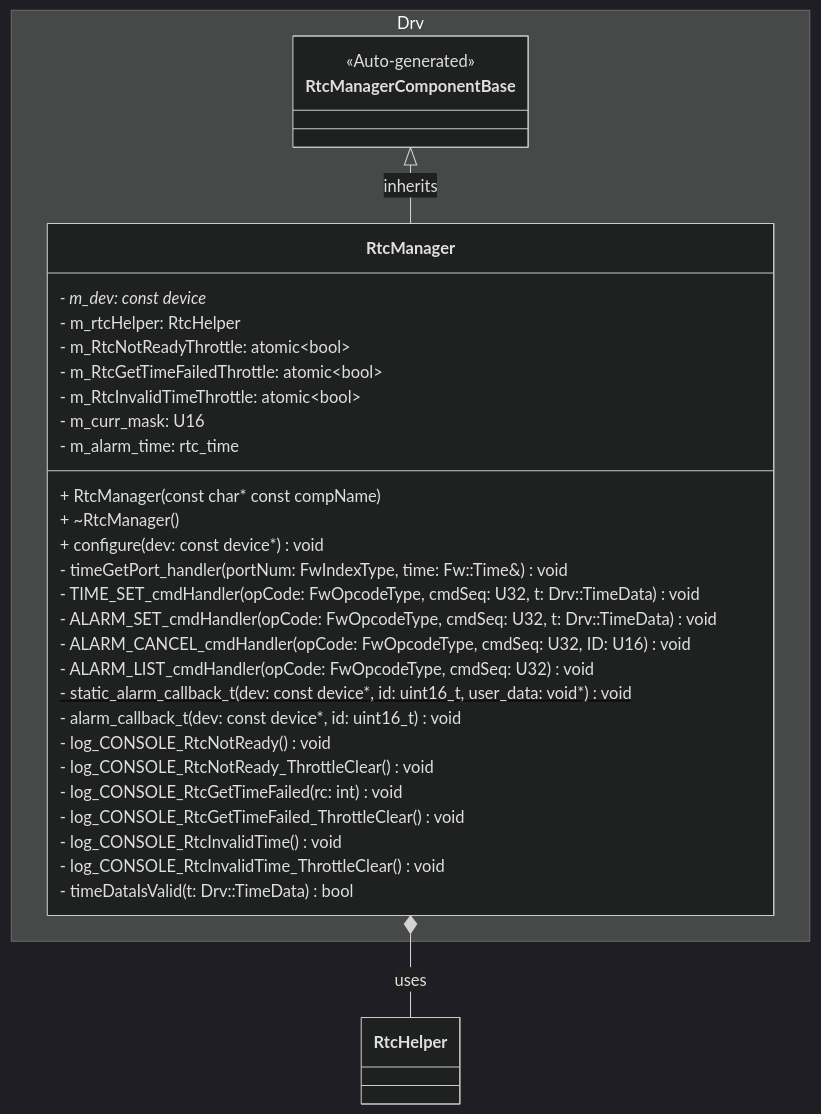
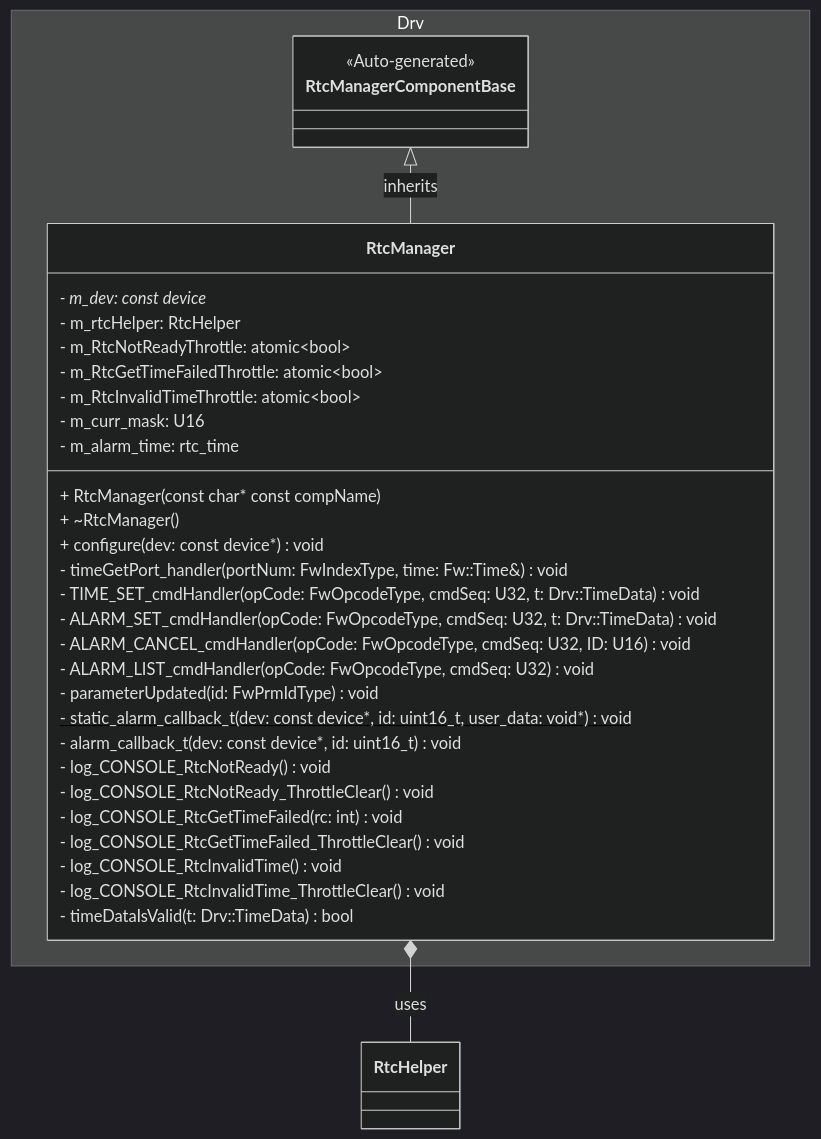
One commit to Open-Source-Space-Foundation/proves-core-reference changed the first of 15 diagrams in docs-site/components/RtcManager.md. Above: the diagram before and after it, drawn with Mermaid (dark theme). The commit also changed other lines of this file and 1 other file, not shown here.

Commit message:
Add operator guide for TIMEBASE_PRM_SET to sdd

````diff
--- a/docs-site/components/RtcManager.md
+++ b/docs-site/components/RtcManager.md
@@ -147,40 +157,42 @@
 ```mermaid
 classDiagram
     namespace Drv {
         class RtcManagerComponentBase {
             <<Auto-generated>>
         }
         class RtcManager {
             - m_dev: const device*
             - m_rtcHelper: RtcHelper
             - m_RtcNotReadyThrottle: atomic~bool~
             - m_RtcGetTimeFailedThrottle: atomic~bool~
             - m_RtcInvalidTimeThrottle: atomic~bool~
             - m_curr_mask: U16
             - m_alarm_time: rtc_time
 
             + RtcManager(const char* const compName)
             + ~RtcManager()
             + configure(dev: const device*) void
 
             - timeGetPort_handler(portNum: FwIndexType, time: Fw::Time&) void
 
             - TIME_SET_cmdHandler(opCode: FwOpcodeType, cmdSeq: U32, t: Drv::TimeData) void
             - ALARM_SET_cmdHandler(opCode: FwOpcodeType, cmdSeq: U32, t: Drv::TimeData) void
             - ALARM_CANCEL_cmdHandler(opCode: FwOpcodeType, cmdSeq: U32, ID: U16) void
             - ALARM_LIST_cmdHandler(opCode: FwOpcodeType, cmdSeq: U32) void
 
+            - parameterUpdated(id: FwPrmIdType) void
+
             - static_alarm_callback_t(dev: const device*, id: uint16_t, user_data: void*) void$
             - alarm_callback_t(dev: const device*, id: uint16_t) void
             - log_CONSOLE_RtcNotReady() void
             - log_CONSOLE_RtcNotReady_ThrottleClear() void
             - log_CONSOLE_RtcGetTimeFailed(rc: int) void
             - log_CONSOLE_RtcGetTimeFailed_ThrottleClear() void
             - log_CONSOLE_RtcInvalidTime() void
             - log_CONSOLE_RtcInvalidTime_ThrottleClear() void
             - timeDataIsValid(t: Drv::TimeData) bool
         }
     }
     RtcManagerComponentBase <|-- RtcManager : inherits
     RtcManager *-- RtcHelper : uses
 ```
````
